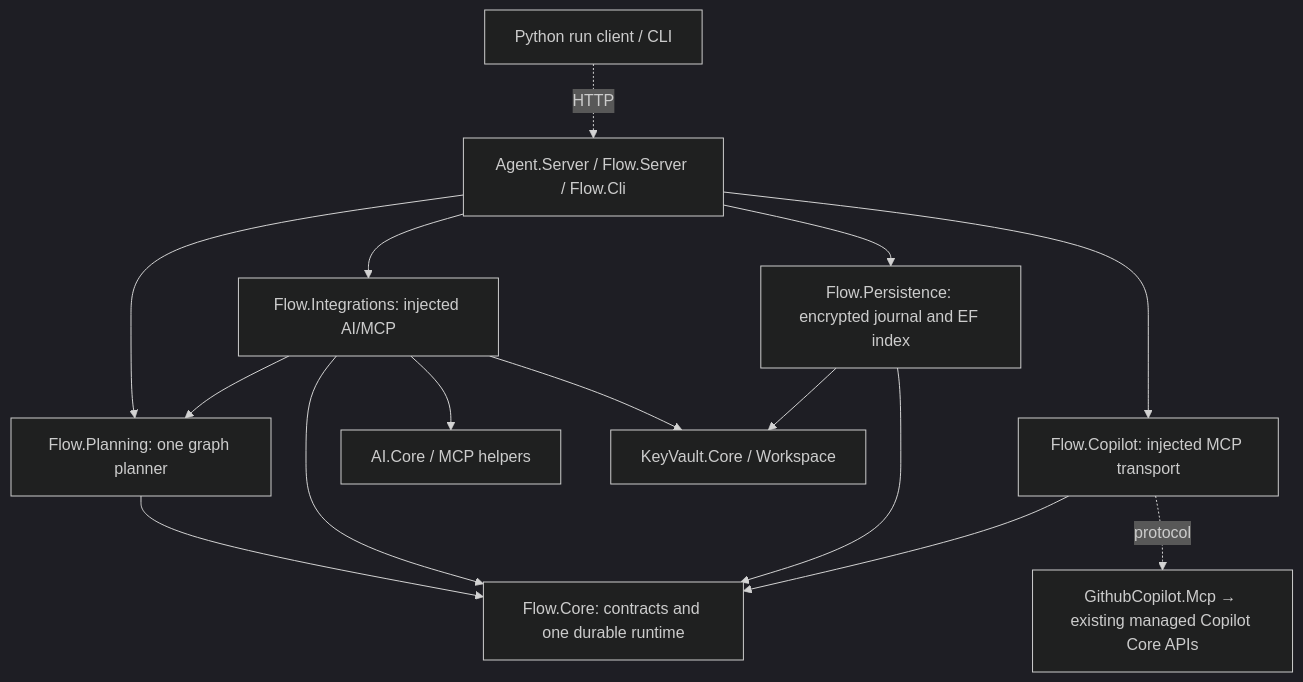
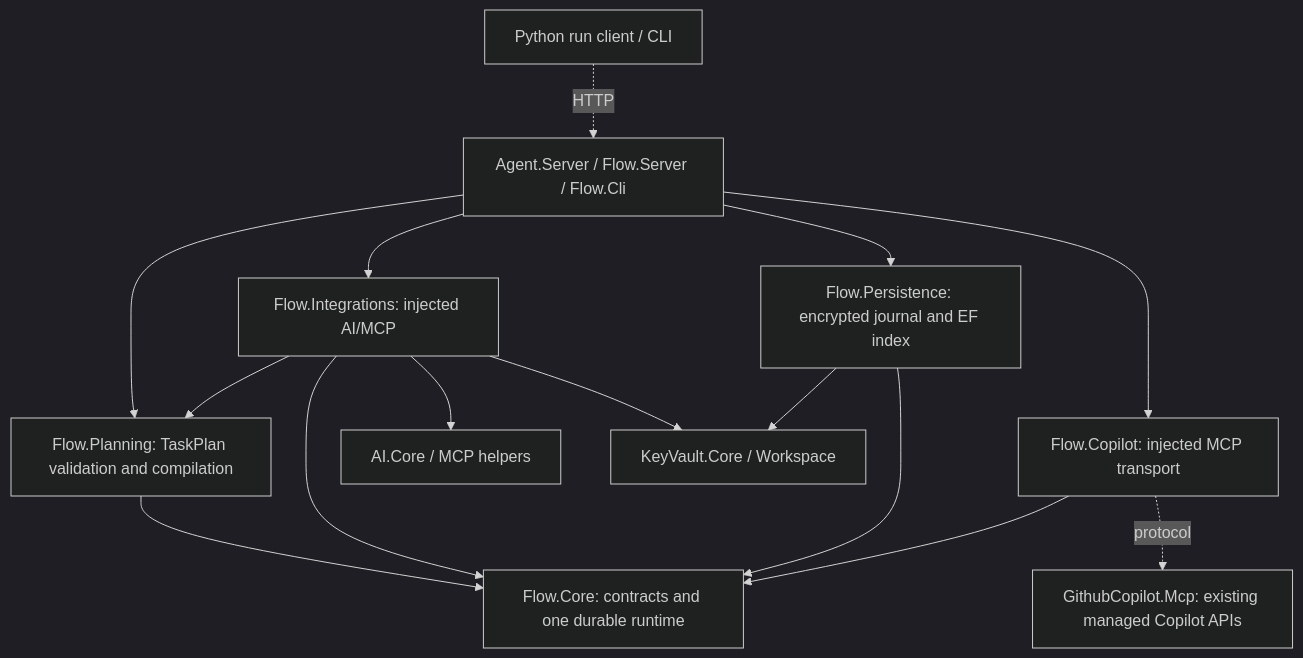
The second of 3 diagrams in docs/flow-hybrid-v9-implementation.md (GnouGo/GnouGo), drawn with Mermaid (dark theme) before and after one commit. The commit also changed other lines of this file and 5 other files, not shown here.

Commit message:
docs(planning): freeze TaskPlan boundaries in a portable agent skill

````diff
--- a/docs/flow-hybrid-v9-implementation.md
+++ b/docs/flow-hybrid-v9-implementation.md
@@ -28,17 +24,17 @@
 ```mermaid
 flowchart TD
-  Hosts[Agent.Server / Flow.Server / Flow.Cli] --> Planner[Flow.Planning: one graph planner]
+  Hosts[Agent.Server / Flow.Server / Flow.Cli] --> Planner[Flow.Planning: TaskPlan validation and compilation]
   Hosts --> Integrations[Flow.Integrations: injected AI/MCP]
   Hosts --> Persistence[Flow.Persistence: encrypted journal and EF index]
   Hosts --> Copilot[Flow.Copilot: injected MCP transport]
   Planner --> Core[Flow.Core: contracts and one durable runtime]
   Integrations --> Planner
   Integrations --> Core
   Persistence --> Core
   Copilot --> Core
   Integrations --> AI[AI.Core / MCP helpers]
   Integrations --> Vault[KeyVault.Core / Workspace]
   Persistence --> Vault
   Python[Python run client / CLI] -. HTTP .-> Hosts
-  Copilot -. protocol .-> Managed[GithubCopilot.Mcp → existing managed Copilot Core APIs]
+  Copilot -. protocol .-> Managed[GithubCopilot.Mcp: existing managed Copilot APIs]
 ```
````
